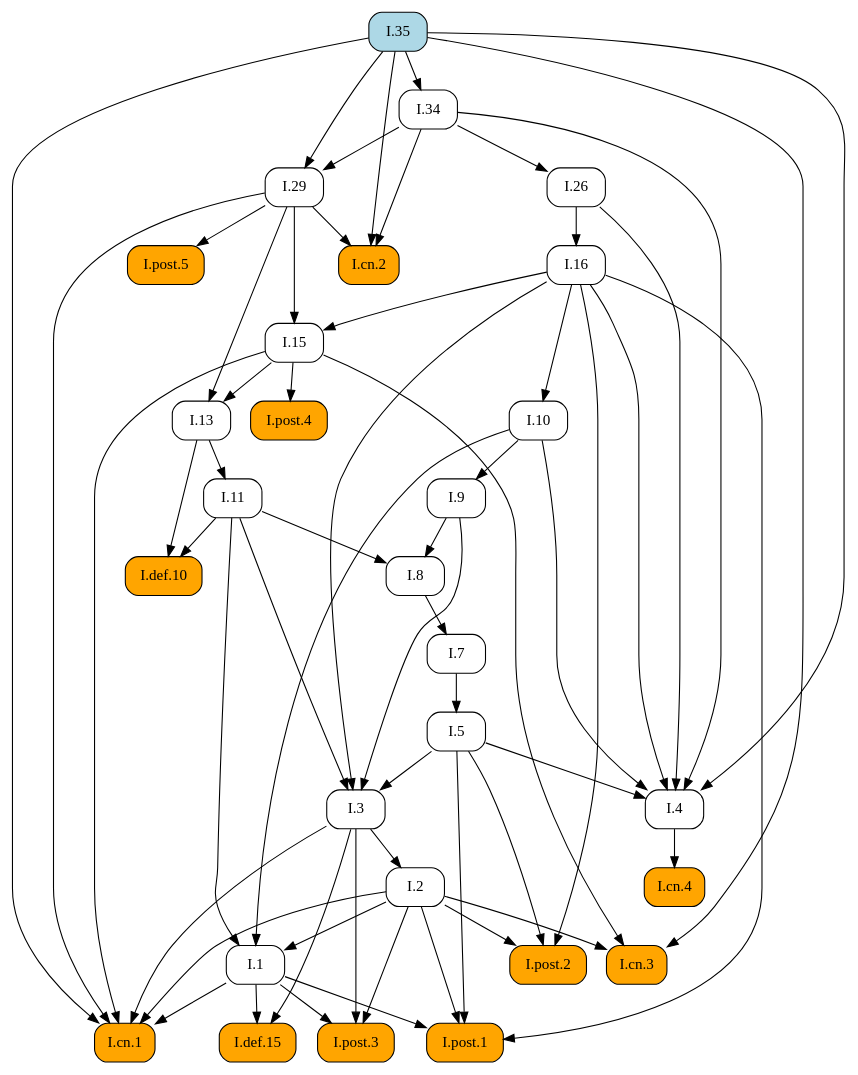
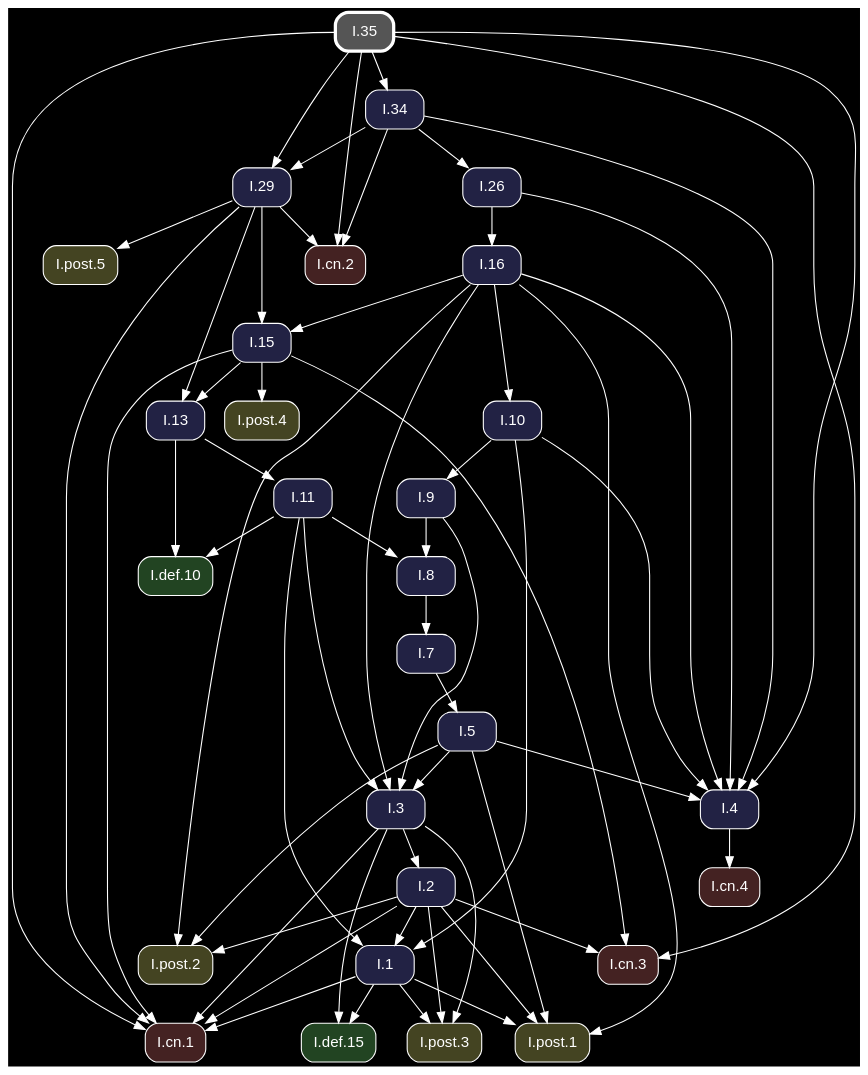
Before and after one commit to geometor/elements: the diagram in docsrc/heath/I/35/index.rst, drawn with Graphviz. The commit also changed other lines of this file and 1200 other files, not shown here.

Commit message:
update dependency graphs

```diff
--- a/docsrc/heath/I/35/index.rst
+++ b/docsrc/heath/I/35/index.rst
@@ -64,93 +64,95 @@
 .. graphviz::
 
    digraph {
+     bgcolor="black";
+     node [shape=box, style="rounded,filled", fontname="Helvetica", color="white", fontcolor="white"];
+     edge [color="white", fontcolor="white"];
      rankdir="TB";
-     node [shape=box, style=rounded];
-     "I.35" [style="rounded,filled", fillcolor=lightblue, URL="/heath/I/35/", target="_top"];
-     "I.9" [URL="/heath/I/9/", target="_top"];
-     "I.cn.1" [style="rounded,filled", fillcolor=orange, URL="/heath/I/cn.1/", target="_top"];
-     "I.7" [URL="/heath/I/7/", target="_top"];
-     "I.2" [URL="/heath/I/2/", target="_top"];
-     "I.def.15" [style="rounded,filled", fillcolor=orange, URL="/heath/I/def.15/", target="_top"];
-     "I.13" [URL="/heath/I/13/", target="_top"];
-     "I.post.4" [style="rounded,filled", fillcolor=orange, URL="/heath/I/post.4/", target="_top"];
-     "I.4" [URL="/heath/I/4/", target="_top"];
-     "I.1" [URL="/heath/I/1/", target="_top"];
-     "I.post.3" [style="rounded,filled", fillcolor=orange, URL="/heath/I/post.3/", target="_top"];
-     "I.post.1" [style="rounded,filled", fillcolor=orange, URL="/heath/I/post.1/", target="_top"];
-     "I.5" [URL="/heath/I/5/", target="_top"];
-     "I.8" [URL="/heath/I/8/", target="_top"];
-     "I.cn.3" [style="rounded,filled", fillcolor=orange, URL="/heath/I/cn.3/", target="_top"];
-     "I.29" [URL="/heath/I/29/", target="_top"];
-     "I.16" [URL="/heath/I/16/", target="_top"];
-     "I.def.10" [style="rounded,filled", fillcolor=orange, URL="/heath/I/def.10/", target="_top"];
-     "I.15" [URL="/heath/I/15/", target="_top"];
-     "I.10" [URL="/heath/I/10/", target="_top"];
-     "I.11" [URL="/heath/I/11/", target="_top"];
-     "I.cn.2" [style="rounded,filled", fillcolor=orange, URL="/heath/I/cn.2/", target="_top"];
-     "I.post.5" [style="rounded,filled", fillcolor=orange, URL="/heath/I/post.5/", target="_top"];
-     "I.cn.4" [style="rounded,filled", fillcolor=orange, URL="/heath/I/cn.4/", target="_top"];
-     "I.post.2" [style="rounded,filled", fillcolor=orange, URL="/heath/I/post.2/", target="_top"];
-     "I.26" [URL="/heath/I/26/", target="_top"];
-     "I.34" [URL="/heath/I/34/", target="_top"];
-     "I.3" [URL="/heath/I/3/", target="_top"];
-     "I.10" -> "I.9";
+     "I.3" [fillcolor="#222244", URL="/heath/I/3/", target="_top"];
+     "I.post.1" [fillcolor="#444422", URL="/heath/I/post.1/", target="_top"];
+     "I.cn.1" [fillcolor="#442222", URL="/heath/I/cn.1/", target="_top"];
+     "I.def.10" [fillcolor="#224422", URL="/heath/I/def.10/", target="_top"];
+     "I.15" [fillcolor="#222244", URL="/heath/I/15/", target="_top"];
+     "I.11" [fillcolor="#222244", URL="/heath/I/11/", target="_top"];
+     "I.16" [fillcolor="#222244", URL="/heath/I/16/", target="_top"];
+     "I.cn.3" [fillcolor="#442222", URL="/heath/I/cn.3/", target="_top"];
+     "I.13" [fillcolor="#222244", URL="/heath/I/13/", target="_top"];
+     "I.2" [fillcolor="#222244", URL="/heath/I/2/", target="_top"];
+     "I.29" [fillcolor="#222244", URL="/heath/I/29/", target="_top"];
+     "I.cn.2" [fillcolor="#442222", URL="/heath/I/cn.2/", target="_top"];
+     "I.post.2" [fillcolor="#444422", URL="/heath/I/post.2/", target="_top"];
+     "I.cn.4" [fillcolor="#442222", URL="/heath/I/cn.4/", target="_top"];
+     "I.9" [fillcolor="#222244", URL="/heath/I/9/", target="_top"];
+     "I.35" [penwidth=3, color="white", fillcolor="#555555", URL="/heath/I/35/", target="_top"];
+     "I.1" [fillcolor="#222244", URL="/heath/I/1/", target="_top"];
+     "I.post.5" [fillcolor="#444422", URL="/heath/I/post.5/", target="_top"];
+     "I.post.4" [fillcolor="#444422", URL="/heath/I/post.4/", target="_top"];
+     "I.26" [fillcolor="#222244", URL="/heath/I/26/", target="_top"];
+     "I.8" [fillcolor="#222244", URL="/heath/I/8/", target="_top"];
+     "I.4" [fillcolor="#222244", URL="/heath/I/4/", target="_top"];
+     "I.post.3" [fillcolor="#444422", URL="/heath/I/post.3/", target="_top"];
+     "I.34" [fillcolor="#222244", URL="/heath/I/34/", target="_top"];
+     "I.7" [fillcolor="#222244", URL="/heath/I/7/", target="_top"];
+     "I.def.15" [fillcolor="#224422", URL="/heath/I/def.15/", target="_top"];
+     "I.5" [fillcolor="#222244", URL="/heath/I/5/", target="_top"];
+     "I.10" [fillcolor="#222244", URL="/heath/I/10/", target="_top"];
+     "I.5" -> "I.3";
+     "I.9" -> "I.3";
+     "I.11" -> "I.3";
+     "I.16" -> "I.3";
+     "I.1" -> "I.post.1";
+     "I.2" -> "I.post.1";
+     "I.5" -> "I.post.1";
+     "I.16" -> "I.post.1";
      "I.1" -> "I.cn.1";
      "I.2" -> "I.cn.1";
      "I.3" -> "I.cn.1";
      "I.15" -> "I.cn.1";
      "I.29" -> "I.cn.1";
      "I.35" -> "I.cn.1";
-     "I.8" -> "I.7";
-     "I.3" -> "I.2";
-     "I.1" -> "I.def.15";
-     "I.3" -> "I.def.15";
+     "I.11" -> "I.def.10";
+     "I.13" -> "I.def.10";
+     "I.16" -> "I.15";
+     "I.29" -> "I.15";
+     "I.13" -> "I.11";
+     "I.26" -> "I.16";
+     "I.2" -> "I.cn.3";
+     "I.15" -> "I.cn.3";
+     "I.35" -> "I.cn.3";
      "I.15" -> "I.13";
      "I.29" -> "I.13";
+     "I.3" -> "I.2";
+     "I.34" -> "I.29";
+     "I.35" -> "I.29";
+     "I.29" -> "I.cn.2";
+     "I.34" -> "I.cn.2";
+     "I.35" -> "I.cn.2";
+     "I.2" -> "I.post.2";
+     "I.5" -> "I.post.2";
+     "I.16" -> "I.post.2";
+     "I.4" -> "I.cn.4";
+     "I.10" -> "I.9";
+     "I.2" -> "I.1";
+     "I.10" -> "I.1";
+     "I.11" -> "I.1";
+     "I.29" -> "I.post.5";
      "I.15" -> "I.post.4";
+     "I.34" -> "I.26";
+     "I.9" -> "I.8";
+     "I.11" -> "I.8";
      "I.5" -> "I.4";
      "I.10" -> "I.4";
      "I.16" -> "I.4";
      "I.26" -> "I.4";
      "I.34" -> "I.4";
      "I.35" -> "I.4";
-     "I.2" -> "I.1";
-     "I.10" -> "I.1";
-     "I.11" -> "I.1";
      "I.1" -> "I.post.3";
      "I.2" -> "I.post.3";
      "I.3" -> "I.post.3";
-     "I.1" -> "I.post.1";
-     "I.2" -> "I.post.1";
-     "I.5" -> "I.post.1";
-     "I.16" -> "I.post.1";
+     "I.35" -> "I.34";
+     "I.8" -> "I.7";
+     "I.1" -> "I.def.15";
+     "I.3" -> "I.def.15";
      "I.7" -> "I.5";
-     "I.9" -> "I.8";
-     "I.11" -> "I.8";
-     "I.2" -> "I.cn.3";
-     "I.15" -> "I.cn.3";
-     "I.35" -> "I.cn.3";
-     "I.34" -> "I.29";
-     "I.35" -> "I.29";
-     "I.26" -> "I.16";
-     "I.11" -> "I.def.10";
-     "I.13" -> "I.def.10";
-     "I.16" -> "I.15";
-     "I.29" -> "I.15";
      "I.16" -> "I.10";
-     "I.13" -> "I.11";
-     "I.29" -> "I.cn.2";
-     "I.34" -> "I.cn.2";
-     "I.35" -> "I.cn.2";
-     "I.29" -> "I.post.5";
-     "I.4" -> "I.cn.4";
-     "I.2" -> "I.post.2";
-     "I.5" -> "I.post.2";
-     "I.16" -> "I.post.2";
-     "I.34" -> "I.26";
-     "I.35" -> "I.34";
-     "I.5" -> "I.3";
-     "I.9" -> "I.3";
-     "I.11" -> "I.3";
-     "I.16" -> "I.3";
    }
```
